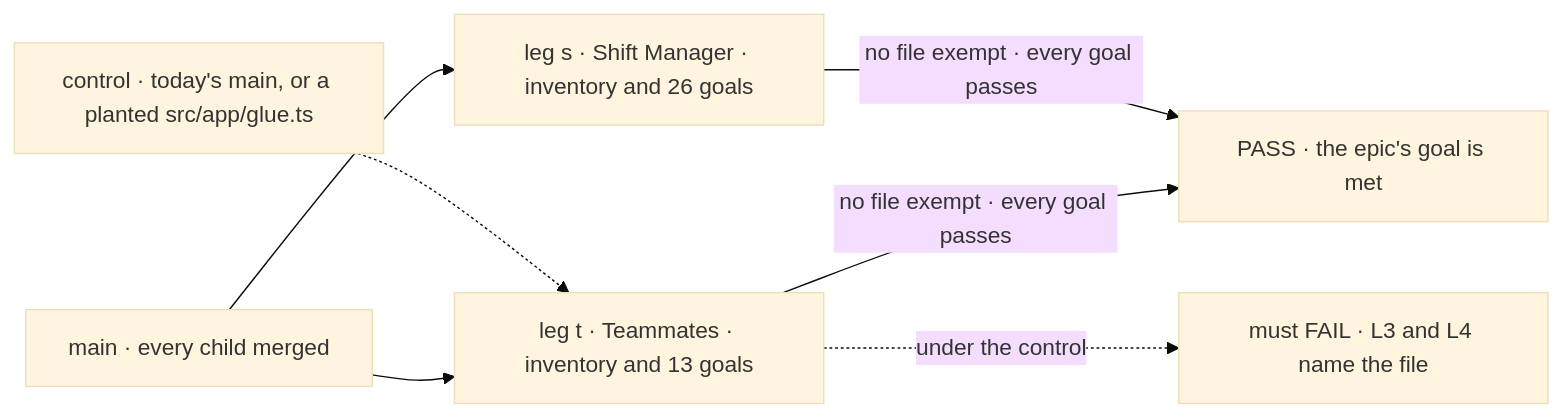
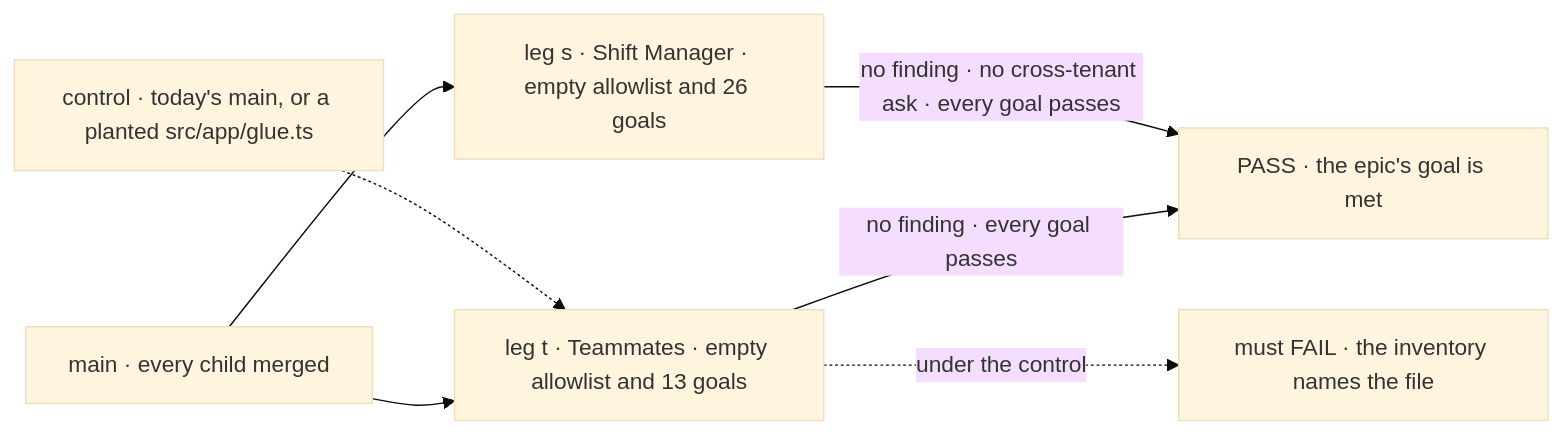
The first of 2 diagrams in specs/epics/FIX-2683/SPEC.md (fixpoint-labs/flow-state-dev), drawn with Mermaid (base theme) before and after one commit. The commit also changed other lines of this file and 5 other files, not shown here.

First line of the commit message:
spec(epic): FIX-2683 review round 1: asks read at the source, inventory ratchet, ordered snapshot deletion

````diff
--- a/specs/epics/FIX-2683/SPEC.md
+++ b/specs/epics/FIX-2683/SPEC.md
@@ -35,9 +35,9 @@
 ```mermaid
 flowchart LR
-  M["main · every child merged"] --> T["leg t · Teammates · inventory and 13 goals"]
-  M --> S["leg s · Shift Manager · inventory and 26 goals"]
-  T -->|"no file exempt · every goal passes"| P["PASS · the epic's goal is met"]
-  S -->|"no file exempt · every goal passes"| P
+  M["main · every child merged"] --> T["leg t · Teammates · empty allowlist and 13 goals"]
+  M --> S["leg s · Shift Manager · empty allowlist and 26 goals"]
+  T -->|"no finding · every goal passes"| P["PASS · the epic's goal is met"]
+  S -->|"no finding · no cross-tenant ask · every goal passes"| P
   C["control · today's main, or a planted src/app/glue.ts"] -.-> T
-  T -.->|"under the control"| F["must FAIL · L3 and L4 name the file"]
+  T -.->|"under the control"| F["must FAIL · the inventory names the file"]
 ```
````
